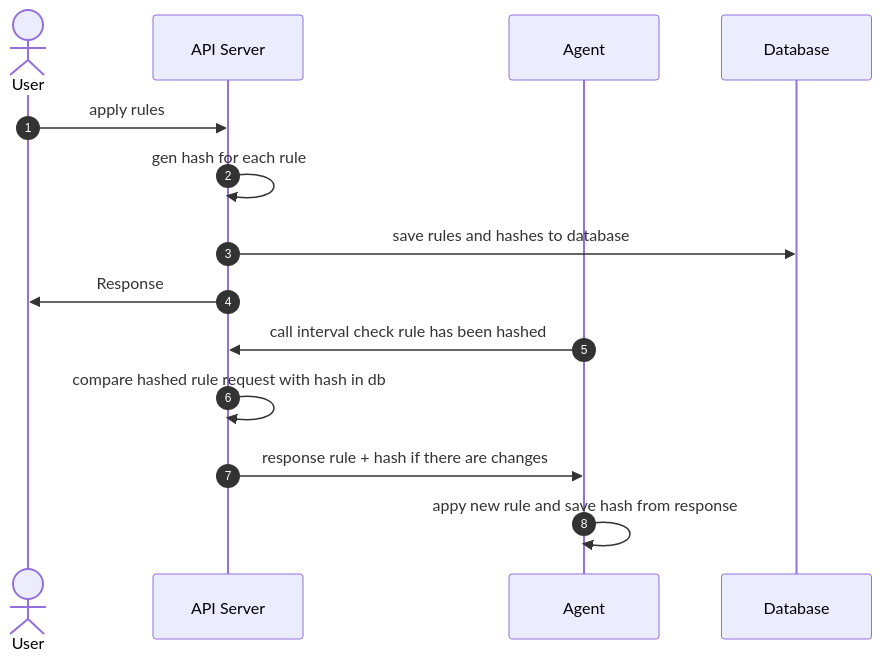
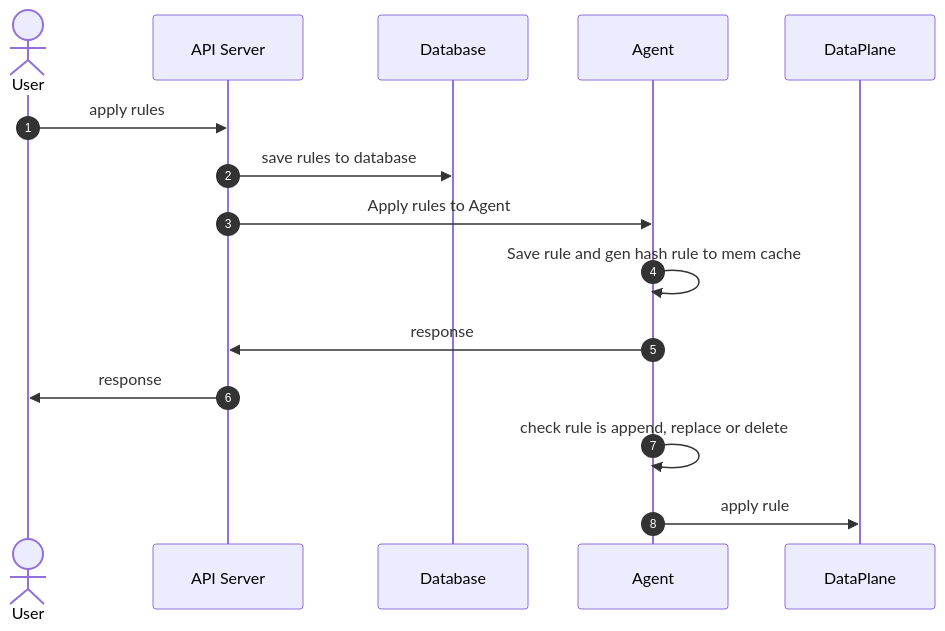
The fourth of 7 diagrams in case-studies/policy/usecase.md (bamboo-firewall/docs), drawn with Mermaid before and after one commit. The commit also changed other lines of this file, not shown here.

Commit message:
PAAS-1283-flow-apply-rule

```````diff
--- a/case-studies/policy/usecase.md
+++ b/case-studies/policy/usecase.md
@@ -5,16 +57,17 @@
-``````mermaid
+```mermaid
 sequenceDiagram
-autonumber
-actor U as User
-participant APIS as API Server
-participant Agent as Agent
-participant DB as Database
-U ->> APIS: apply rules
-APIS ->> APIS: gen hash for each rule
-APIS ->> DB: save rules and hashes to database
-APIS ->> U: Response
-Agent ->> APIS: call interval check rule has been hashed
-APIS ->> APIS: compare hashed rule request with hash in db
-APIS ->> Agent: response rule + hash if there are changes
-Agent ->> Agent: appy new rule and save hash from response
-``````
+    autonumber
+    actor U as User
+    participant APIS as API Server
+    participant DB as Database
+    participant Agent as Agent
+    participant DP as DataPlane
+    U ->> APIS: apply rules
+    APIS ->> DB: save rules to database
+    APIS ->> Agent: Apply rules to Agent
+    Agent ->> Agent: Save rule and gen hash rule to mem cache
+    Agent ->> APIS: response
+    APIS ->> U: response
+    Agent ->> Agent: check rule is append, replace or delete
+    Agent ->> DP: apply rule
+```
```````
